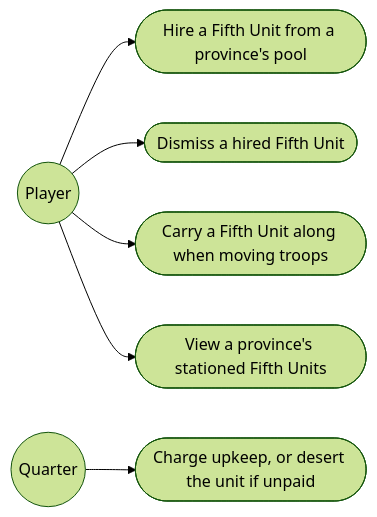
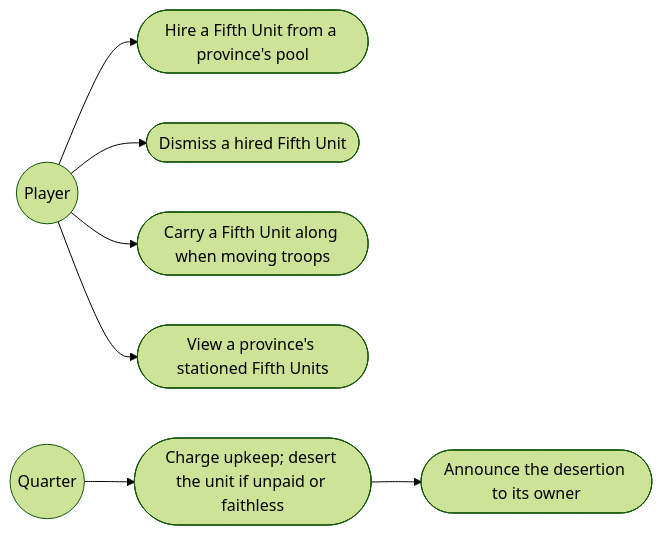
The first of 4 diagrams in gemfire/docs/design/06-fifth-units.md (pslotinsky/kunstkamera), drawn with Mermaid (forest theme) before and after one commit. The commit also changed other lines of this file and 16 other files, not shown here.

````diff
--- a/gemfire/docs/design/06-fifth-units.md
+++ b/gemfire/docs/design/06-fifth-units.md
@@ -37,10 +41,11 @@
 ```mermaid
 flowchart LR
   player((Player))
   player --> uc1(["Hire a Fifth Unit from a province's pool"])
   player --> uc2(["Dismiss a hired Fifth Unit"])
   player --> uc4(["Carry a Fifth Unit along when moving troops"])
   player --> uc5(["View a province's stationed Fifth Units"])
   clock((Quarter))
-  clock --> uc3(["Charge upkeep, or desert the unit if unpaid"])
+  clock --> uc3(["Charge upkeep; desert the unit if unpaid or faithless"])
+  uc3 --> uc6(["Announce the desertion to its owner"])
 ```
````
